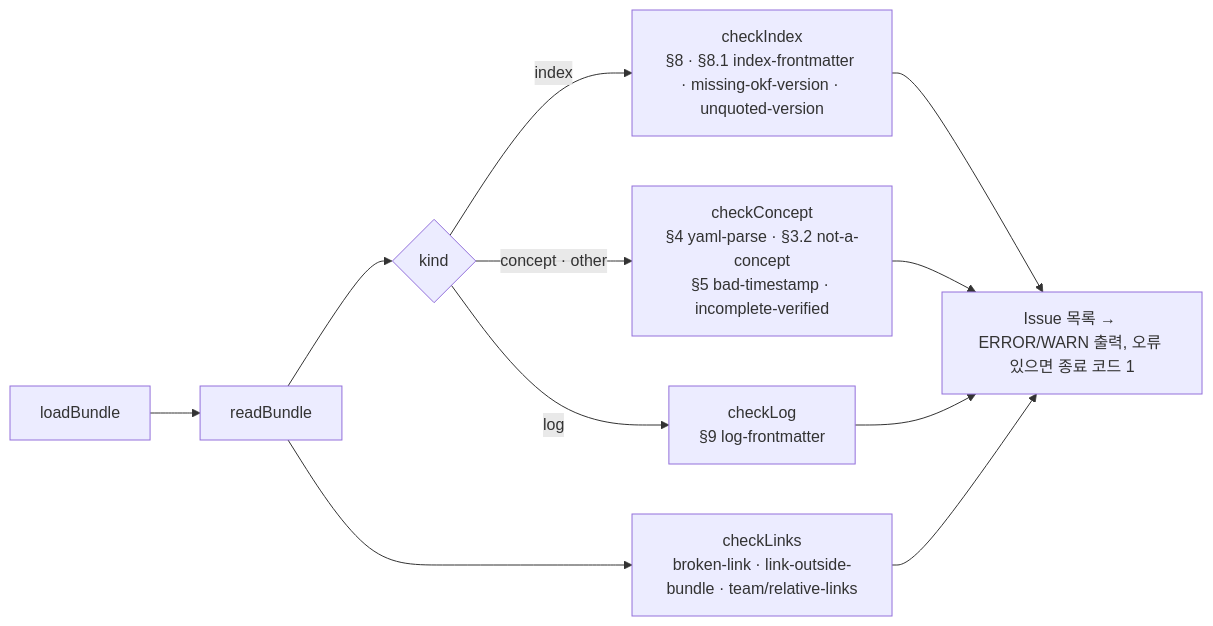
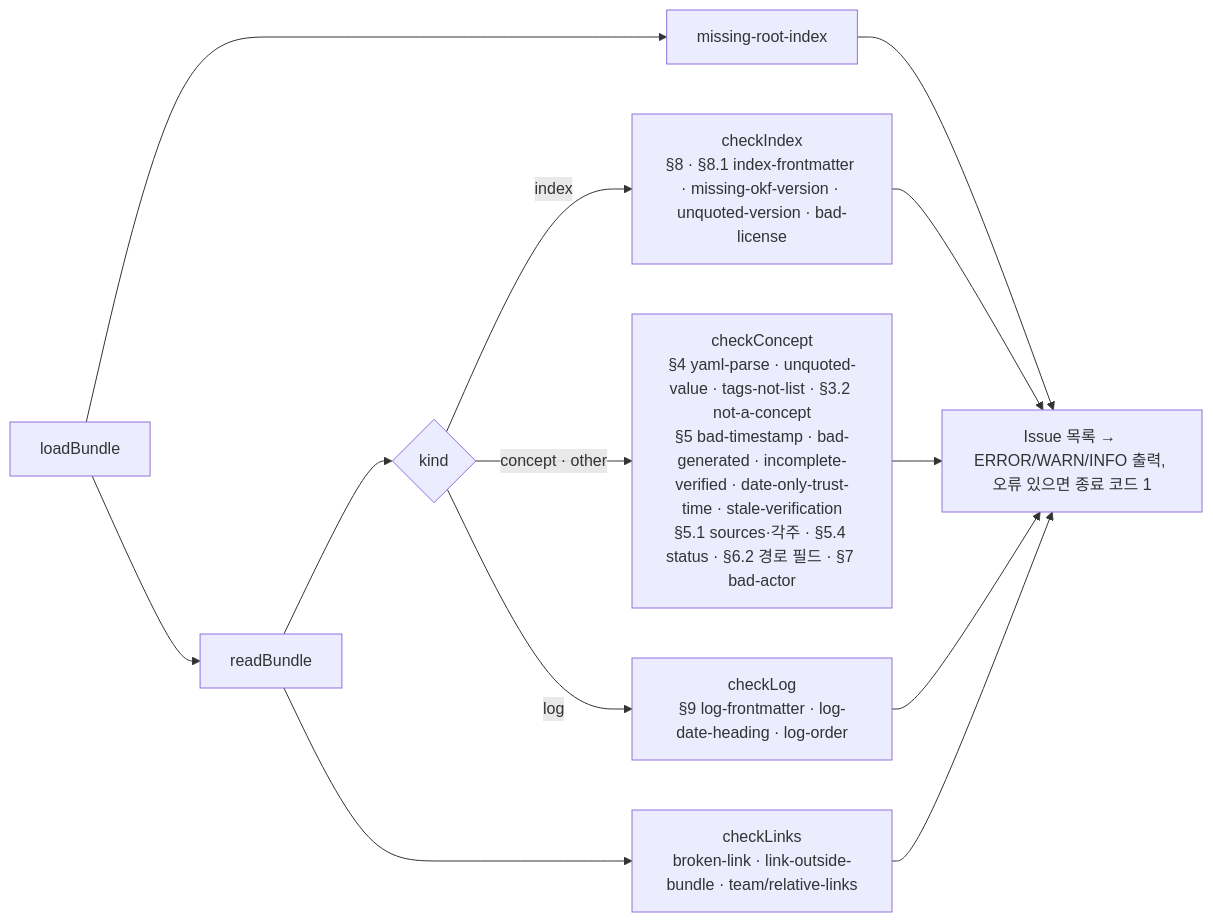
One commit to Junyong34/okf-playbook changed the third of 8 diagrams in docs/okf-modules.md. Above: the diagram before and after it, drawn with Mermaid. The commit also changed other lines of this file and 14 other files, not shown here.

````diff
--- a/docs/okf-modules.md
+++ b/docs/okf-modules.md
@@ -98,10 +98,11 @@
 ```mermaid
 flowchart LR
   load[loadBundle] --> rb[readBundle]
   rb --> k{kind}
-  k -->|index| ci[checkIndex<br/>§8 · §8.1 index-frontmatter · missing-okf-version · unquoted-version]
-  k -->|concept · other| cc[checkConcept<br/>§4 yaml-parse · §3.2 not-a-concept<br/>§5 bad-timestamp · incomplete-verified]
-  k -->|log| cl2[checkLog<br/>§9 log-frontmatter]
+  load --> root[missing-root-index]
+  k -->|index| ci[checkIndex<br/>§8 · §8.1 index-frontmatter · missing-okf-version · unquoted-version · bad-license]
+  k -->|concept · other| cc[checkConcept<br/>§4 yaml-parse · unquoted-value · tags-not-list · §3.2 not-a-concept<br/>§5 bad-timestamp · bad-generated · incomplete-verified · date-only-trust-time · stale-verification<br/>§5.1 sources·각주 · §5.4 status · §6.2 경로 필드 · §7 bad-actor]
+  k -->|log| cl2[checkLog<br/>§9 log-frontmatter · log-date-heading · log-order]
   rb --> cl[checkLinks<br/>broken-link · link-outside-bundle · team/relative-links]
-  ci & cc & cl2 & cl --> out[Issue 목록 → ERROR/WARN 출력, 오류 있으면 종료 코드 1]
+  root & ci & cc & cl2 & cl --> out[Issue 목록 → ERROR/WARN/INFO 출력, 오류 있으면 종료 코드 1]
 ```
````
